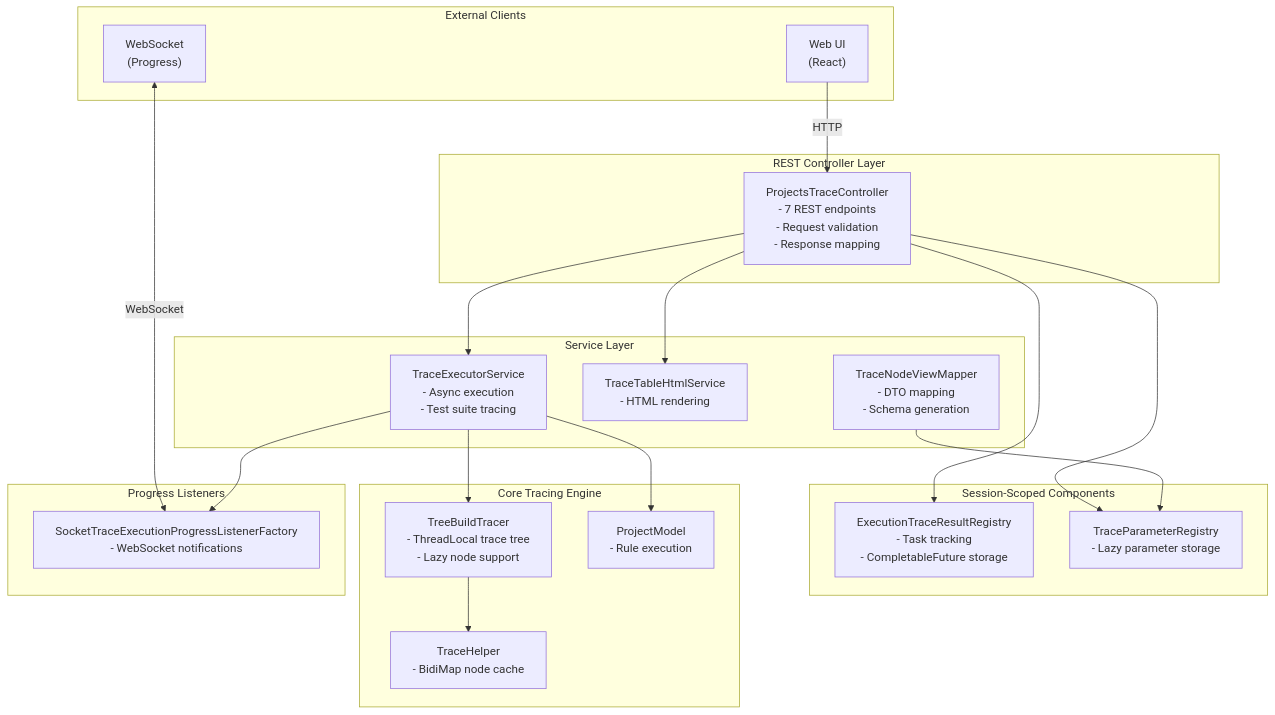
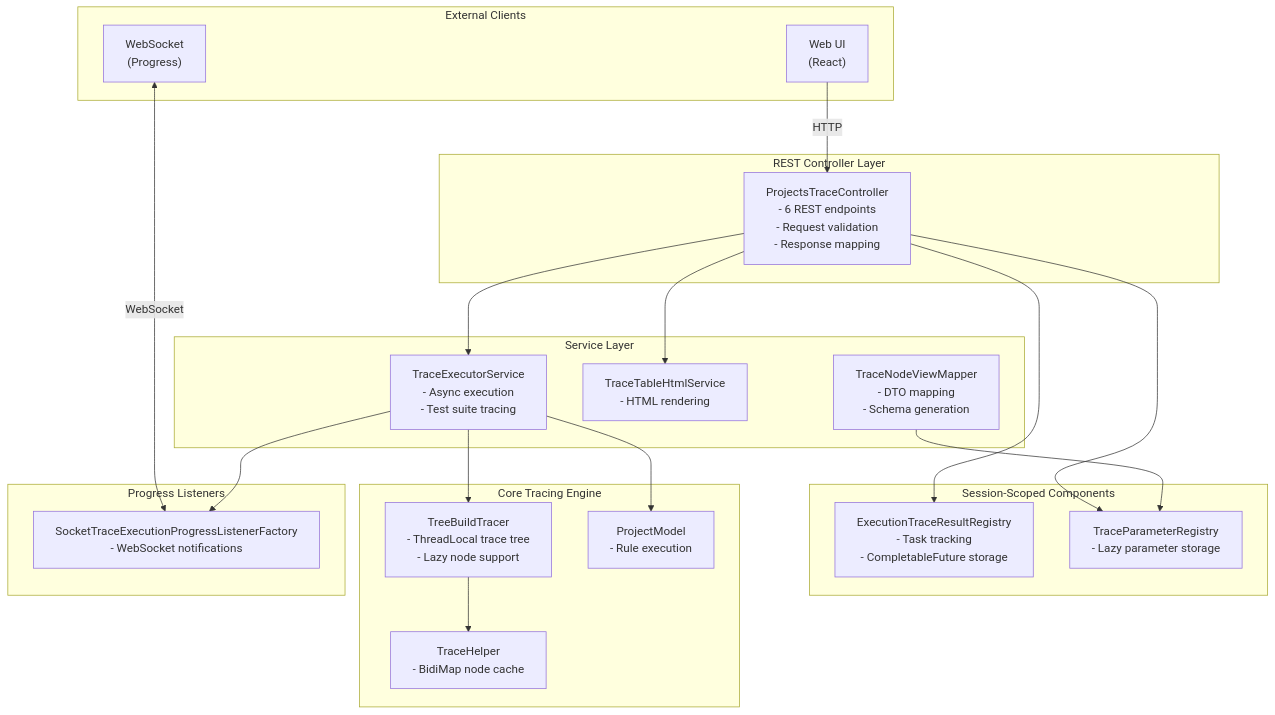
The first of 4 diagrams in Docs/api/projects-trace-architecture.md (openl-tablets/openl-tablets), drawn with Mermaid before and after one commit. The commit also changed other lines of this file and 2 other files, not shown here.

Commit message:
EPBDS-15551 Trace API

````diff
--- a/Docs/api/projects-trace-architecture.md
+++ b/Docs/api/projects-trace-architecture.md
@@ -32,44 +32,44 @@
 ``` mermaid
 flowchart TB
     subgraph CLIENTS["External Clients"]
         UI["Web UI<br/>(React)"]
         WS["WebSocket<br/>(Progress)"]
     end
 
     subgraph REST["REST Controller Layer"]
-        C["ProjectsTraceController<br/>- 7 REST endpoints<br/>- Request validation<br/>- Response mapping"]
+        C["ProjectsTraceController<br/>- 6 REST endpoints<br/>- Request validation<br/>- Response mapping"]
     end
 
     subgraph SERVICE["Service Layer"]
         TES["TraceExecutorService<br/>- Async execution<br/>- Test suite tracing"]
         THS["TraceTableHtmlService<br/>- HTML rendering"]
         TM["TraceNodeViewMapper<br/>- DTO mapping<br/>- Schema generation"]
     end
 
     subgraph SESSION["Session-Scoped Components"]
         ETRR["ExecutionTraceResultRegistry<br/>- Task tracking<br/>- CompletableFuture storage"]
         TPR["TraceParameterRegistry<br/>- Lazy parameter storage"]
     end
 
     subgraph CORE["Core Tracing Engine"]
         TBT["TreeBuildTracer<br/>- ThreadLocal trace tree<br/>- Lazy node support"]
         TH["TraceHelper<br/>- BidiMap node cache"]
         PM["ProjectModel<br/>- Rule execution"]
     end
 
     subgraph LISTENERS["Progress Listeners"]
         SPL["SocketTraceExecutionProgressListenerFactory<br/>- WebSocket notifications"]
     end
 
     UI -->|HTTP| C
     WS <-->|WebSocket| SPL
     C --> TES
     C --> THS
     C --> ETRR
     C --> TPR
     TES --> TBT
     TES --> PM
     TES --> SPL
     TBT --> TH
     TM --> TPR
 ```
````
